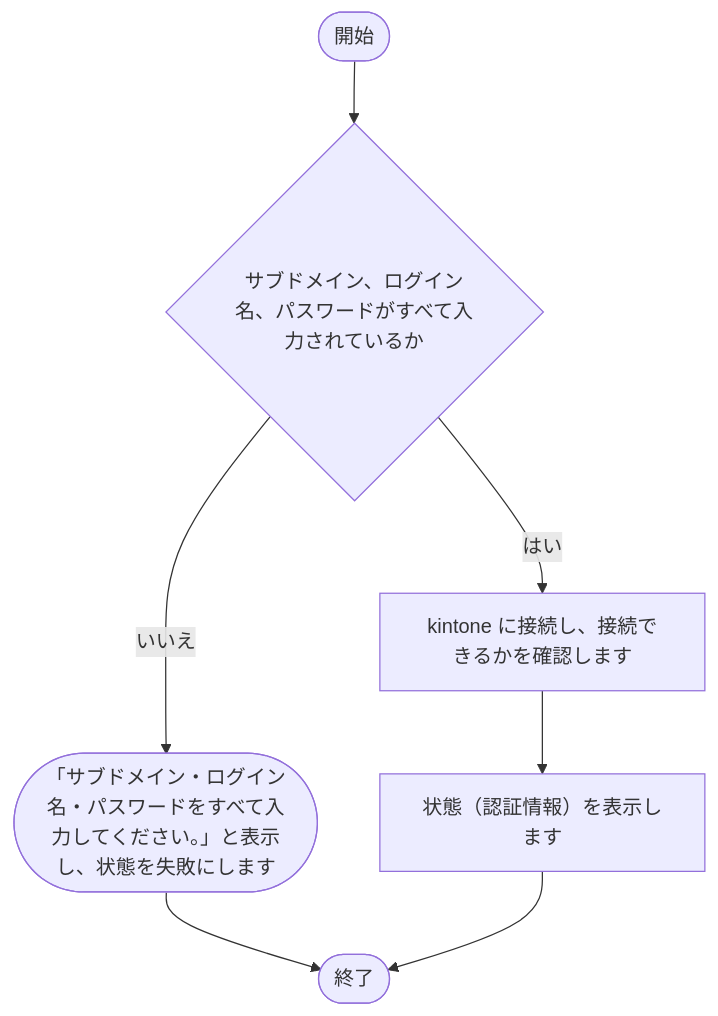
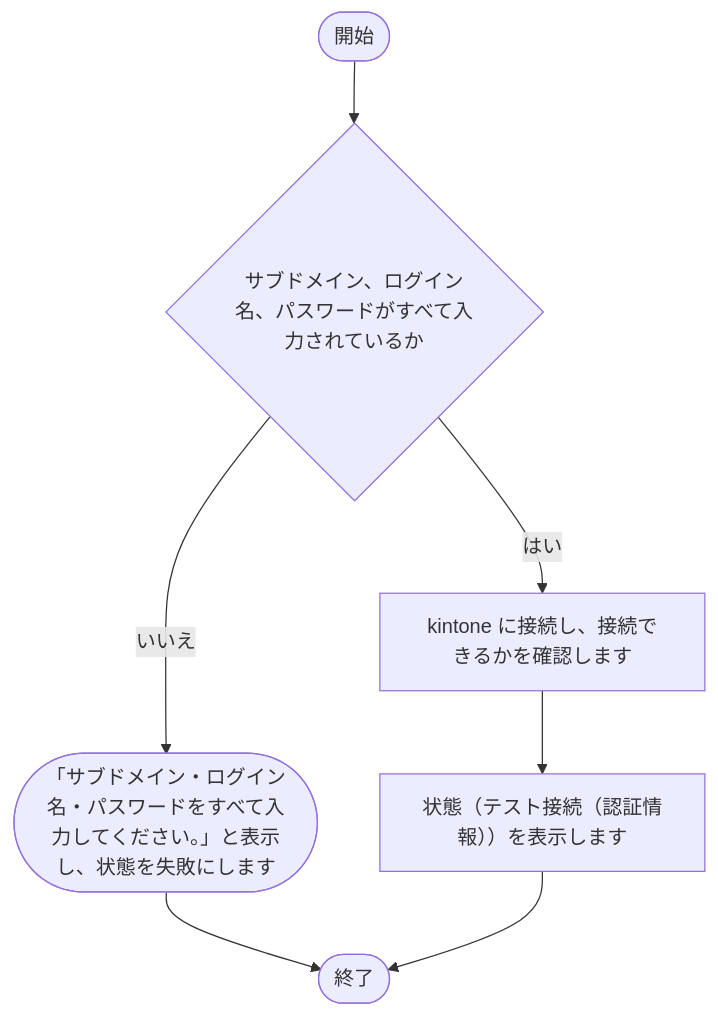
Before and after one commit to nishida2073/project_management: diagram 15 of 16 in tool/kintone-resourse-generator/doc/02_設計/処理フロー.md, drawn with Mermaid. The commit also changed other lines of this file and 132 other files, not shown here.

````diff
--- a/tool/kintone-resourse-generator/doc/02_設計/処理フロー.md
+++ b/tool/kintone-resourse-generator/doc/02_設計/処理フロー.md
@@ -439,15 +439,15 @@
 ```mermaid
 flowchart TD
     S(["開始"])
     E(["終了"])
     N1{"サブドメイン、ログイン名、パスワードがすべて入力されているか"}
     X1(["「サブドメイン・ログイン名・パスワードをすべて入力してください。」と表示し、状態を失敗にします"])
     X1 --> E
     N1 -- いいえ --> X1
     S --> N1
     N2["kintone に接続し、接続できるかを確認します"]
     N1 -- はい --> N2
-    N3["状態（認証情報）を表示します"]
+    N3["状態（テスト接続（認証情報））を表示します"]
     N2 --> N3
     N3 --> E
 ```
````
